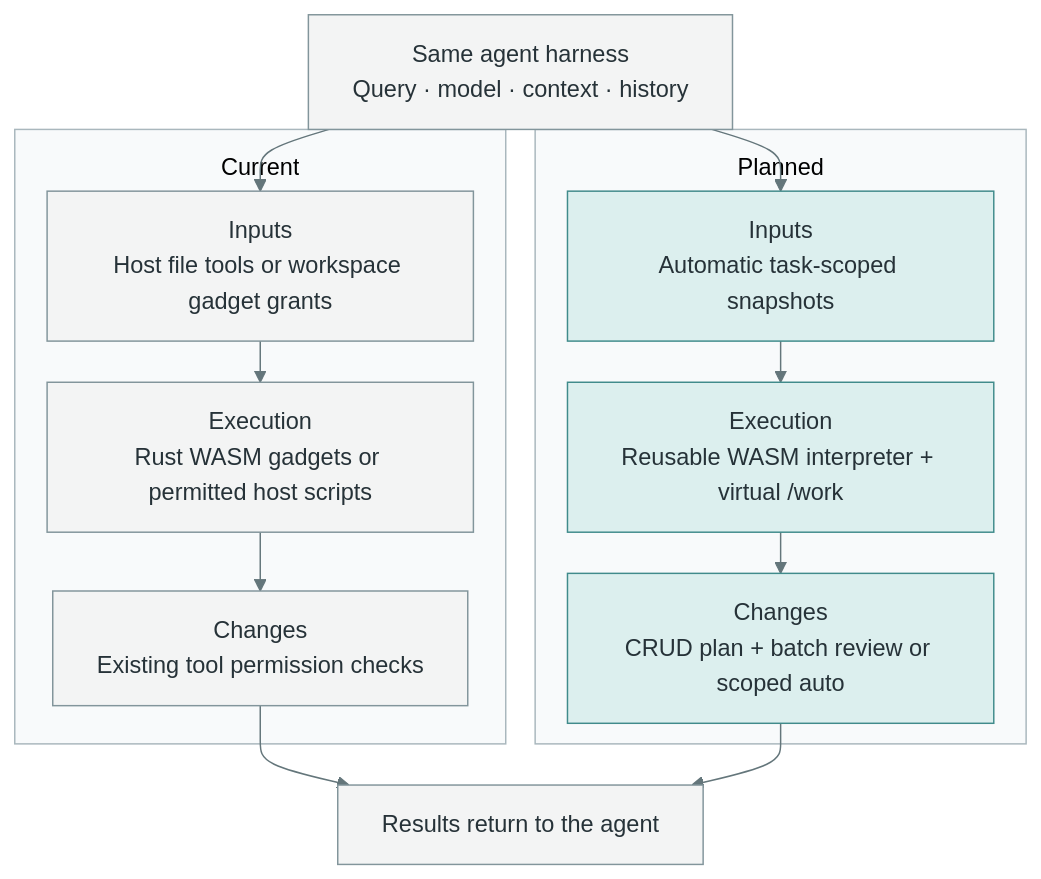
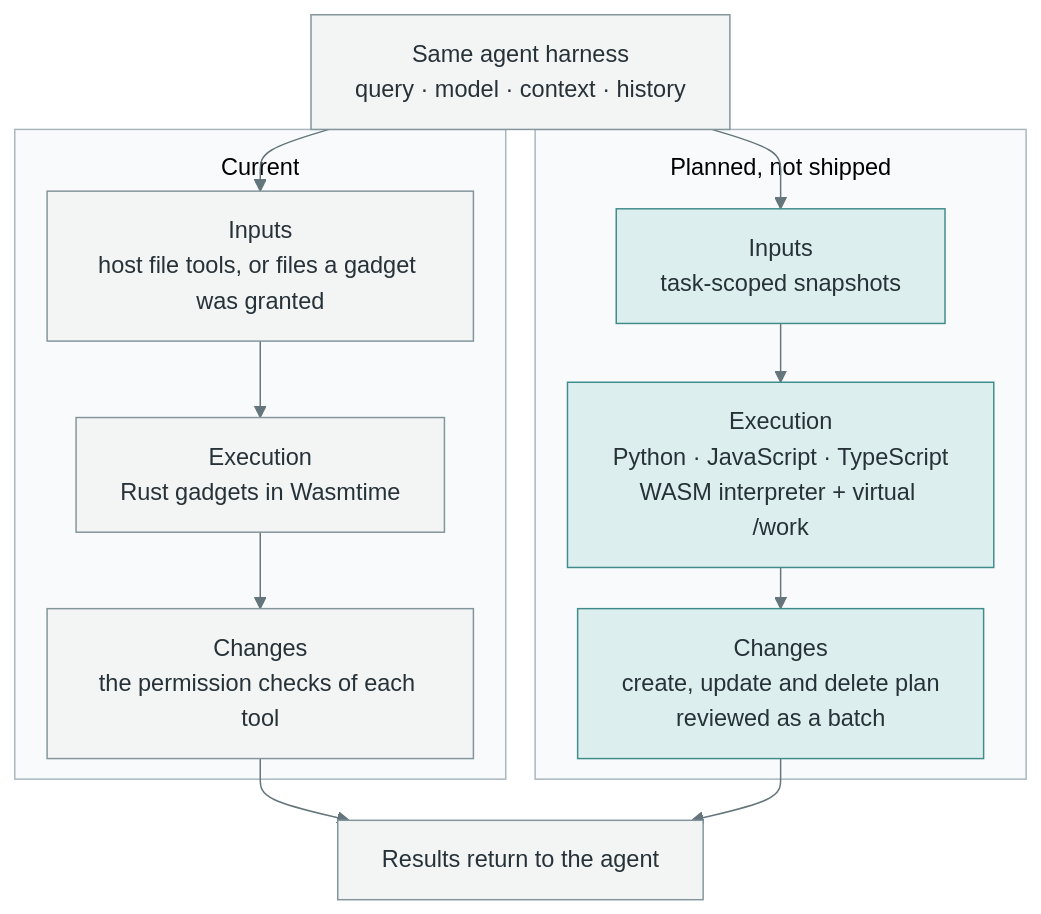
The second of 2 diagrams in README.md (kaobei-alabo/craftsman-harness), drawn with Mermaid before and after one commit. The commit also changed other lines of this file, not shown here.

First line of the commit message:
docs: a shorter README with the product first and the two diagrams folded

````diff
--- a/README.md
+++ b/README.md
@@ -157,26 +125,26 @@
 ```mermaid
 %%{init: {"theme":"base","themeVariables":{"primaryColor":"#f3f4f4","primaryTextColor":"#263238","primaryBorderColor":"#82959b","lineColor":"#64767b","clusterBkg":"#f8fafb","clusterBorder":"#a9b7bd","fontFamily":"sans-serif","fontSize":"16px"},"flowchart":{"nodeSpacing":24,"rankSpacing":28,"wrappingWidth":230,"subGraphTitleMargin":{"top":14,"bottom":14}}}}%%
 flowchart TB
-    H["Same agent harness<br/>Query · model · context · history"]
+    H["Same agent harness<br/>query · model · context · history"]
 
     subgraph BEFORE["Current"]
-        B1["Inputs<br/>Host file tools or workspace gadget grants"]
-        B2["Execution<br/>Rust WASM gadgets or permitted host scripts"]
-        B3["Changes<br/>Existing tool permission checks"]
+        B1["Inputs<br/>host file tools, or files a gadget was granted"]
+        B2["Execution<br/>Rust gadgets in Wasmtime"]
+        B3["Changes<br/>the permission checks of each tool"]
         B1 --> B2 --> B3
     end
 
-    subgraph AFTER["Planned"]
-        A1["Inputs<br/>Automatic task-scoped snapshots"]
-        A2["Execution<br/>Reusable WASM interpreter + virtual /work"]
-        A3["Changes<br/>CRUD plan + batch review or scoped auto"]
+    subgraph AFTER["Planned, not shipped"]
+        A1["Inputs<br/>task-scoped snapshots"]
+        A2["Execution<br/>Python · JavaScript · TypeScript<br/>WASM interpreter + virtual /work"]
+        A3["Changes<br/>create, update and delete plan<br/>reviewed as a batch"]
         A1 --> A2 --> A3
     end
 
     H --> B1
     H --> A1
     B3 --> R["Results return to the agent"]
     A3 --> R
     classDef planned fill:#dcefee,stroke:#408b8b,color:#263238;
     class A1,A2,A3 planned;
 ```
````
